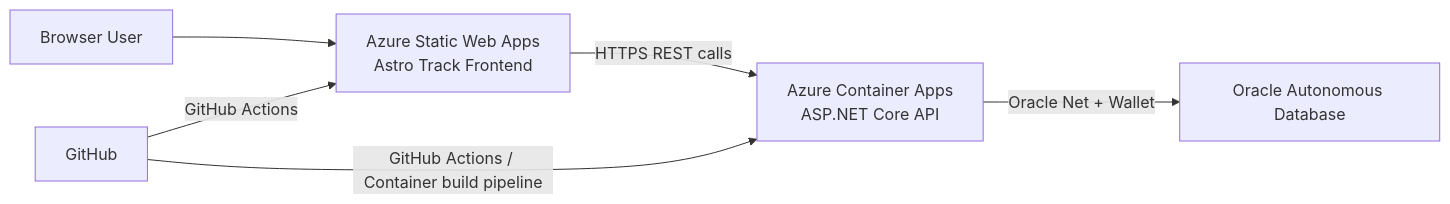
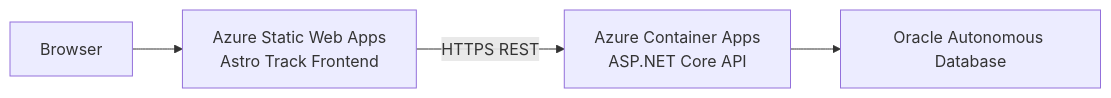
One commit to Jaturaput-Jongsubcharoen/Astro-Track-Frontend changed the diagram in README.md. Above: the diagram before and after it, drawn with Mermaid. The commit also changed other lines of this file, not shown here.

Commit message:
docs: update README with Azure deployment documentation

````diff
--- a/README.md
+++ b/README.md
@@ -49,9 +47,6 @@
 ```mermaid
 flowchart LR
-		U[Browser User] --> F[Azure Static Web Apps\nAstro Track Frontend]
-		F -->|HTTPS REST calls| B[Azure Container Apps\nASP.NET Core API]
-		B -->|Oracle Net + Wallet| O[Oracle Autonomous Database]
-
-		GH[GitHub] -->|GitHub Actions| F
-		GH -->|GitHub Actions / Container build pipeline| B
+		U[Browser] --> F[Azure Static Web Apps\nAstro Track Frontend]
+		F -->|HTTPS REST| B[Azure Container Apps\nASP.NET Core API]
+		B --> O[Oracle Autonomous Database]
 ```
````
